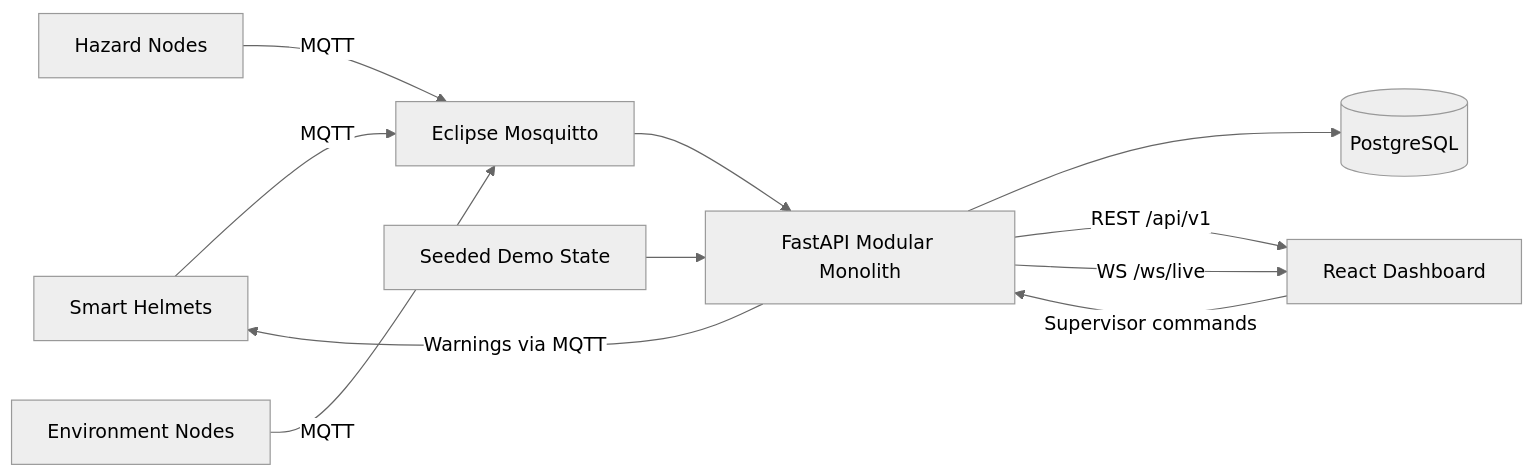
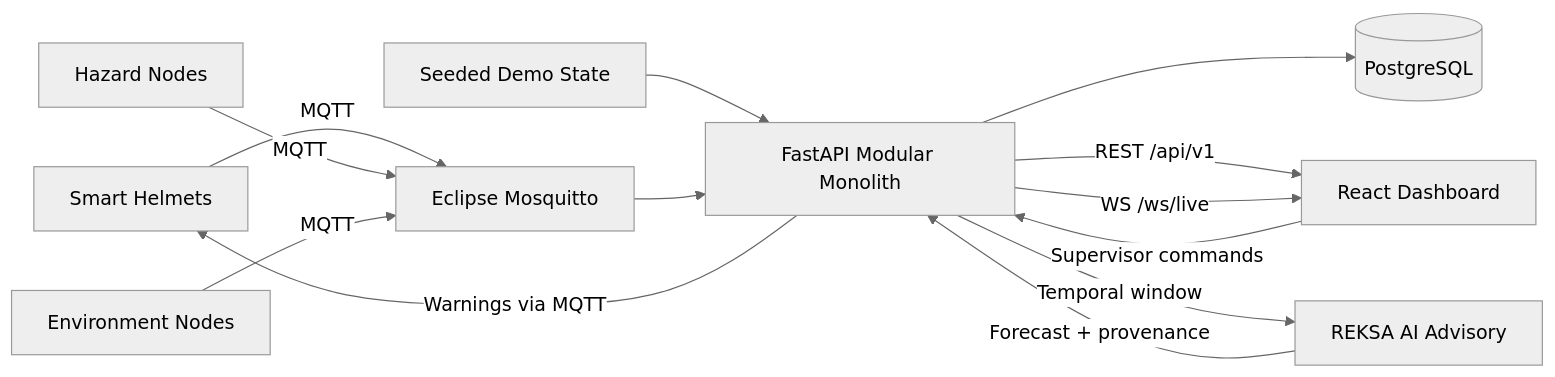
One commit to FR21/REKSA changed the first of 2 diagrams in docs/architecture.md. Above: the diagram before and after it, drawn with Mermaid (neutral theme). The commit also changed other lines of this file and 385 other files, not shown here.

````diff
--- a/docs/architecture.md
+++ b/docs/architecture.md
@@ -5,13 +5,15 @@
 ```mermaid
 flowchart LR
   H[Smart Helmets] -->|MQTT| M[Eclipse Mosquitto]
   Z[Hazard Nodes] -->|MQTT| M
   E[Environment Nodes] -->|MQTT| M
   S[Seeded Demo State] --> B[FastAPI Modular Monolith]
   M --> B
   B --> P[(PostgreSQL)]
   B -->|REST /api/v1| F[React Dashboard]
   B -->|WS /ws/live| F
   F -->|Supervisor commands| B
   B -->|Warnings via MQTT| H
+  B -->|Temporal window| A[REKSA AI Advisory]
+  A -->|Forecast + provenance| B
 ```
````
